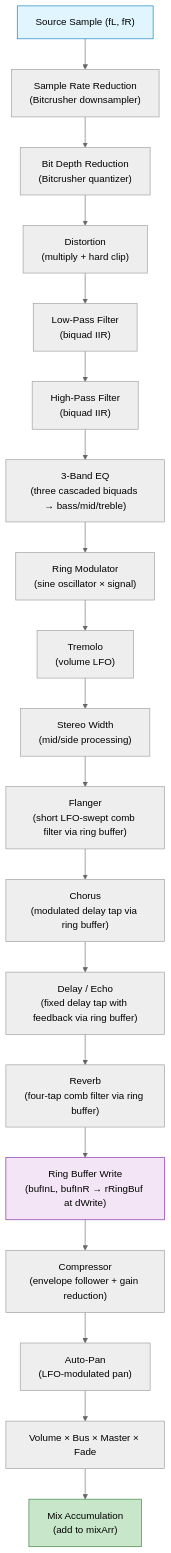
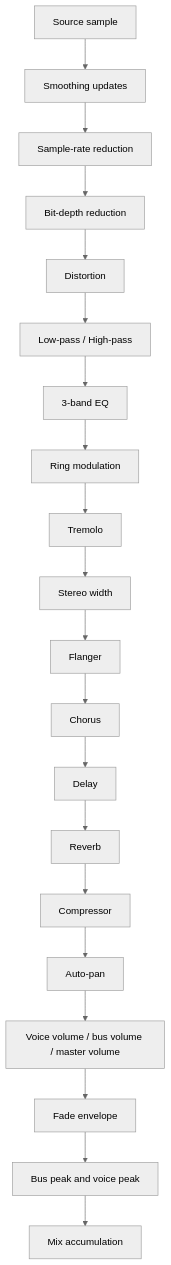
Before and after one commit to vbacollective/riff: the seventh of 8 diagrams in docs/ARCHITECTURE.md, drawn with Mermaid (neutral theme). The commit also changed other lines of this file, not shown here.

````diff
--- a/docs/ARCHITECTURE.md
+++ b/docs/ARCHITECTURE.md
@@ -378,28 +649,25 @@
 ```mermaid
 graph TD
-    A["Source Sample (fL, fR)"]
-    B["Sample Rate Reduction<br/>(Bitcrusher downsampler)"]
-    C["Bit Depth Reduction<br/>(Bitcrusher quantizer)"]
-    D["Distortion<br/>(multiply + hard clip)"]
-    E["Low-Pass Filter<br/>(biquad IIR)"]
-    F["High-Pass Filter<br/>(biquad IIR)"]
-    G["3-Band EQ<br/>(three cascaded biquads → bass/mid/treble)"]
-    H["Ring Modulator<br/>(sine oscillator × signal)"]
-    I["Tremolo<br/>(volume LFO)"]
-    J["Stereo Width<br/>(mid/side processing)"]
-    K["Flanger<br/>(short LFO-swept comb filter via ring buffer)"]
-    L["Chorus<br/>(modulated delay tap via ring buffer)"]
-    M["Delay / Echo<br/>(fixed delay tap with feedback via ring buffer)"]
-    N["Reverb<br/>(four-tap comb filter via ring buffer)"]
-    O["Ring Buffer Write<br/>(bufInL, bufInR → rRingBuf at dWrite)"]
-    P["Compressor<br/>(envelope follower + gain reduction)"]
-    Q["Auto-Pan<br/>(LFO-modulated pan)"]
-    R["Volume × Bus × Master × Fade"]
-    S["Mix Accumulation<br/>(add to mixArr)"]
+    A["Source sample"]
+    B["Smoothing updates"]
+    C["Sample-rate reduction"]
+    D["Bit-depth reduction"]
+    E["Distortion"]
+    F["Low-pass / High-pass"]
+    G["3-band EQ"]
+    H["Ring modulation"]
+    I["Tremolo"]
+    J["Stereo width"]
+    K["Flanger"]
+    L["Chorus"]
+    M["Delay"]
+    N["Reverb"]
+    O["Compressor"]
+    P["Auto-pan"]
+    Q["Voice volume / bus volume / master volume"]
+    R["Fade envelope"]
+    S["Bus peak and voice peak"]
+    T["Mix accumulation"]
 
-    A-->B-->C-->D-->E-->F-->G-->H-->I-->J-->K-->L-->M-->N-->O-->P-->Q-->R-->S
-
-    style A fill:#e1f5fe,stroke:#0277bd
-    style O fill:#f3e5f5,stroke:#7b1fa2
-    style S fill:#c8e6c9,stroke:#2e7d32
+    A --> B --> C --> D --> E --> F --> G --> H --> I --> J --> K --> L --> M --> N --> O --> P --> Q --> R --> S --> T
 ```
````
